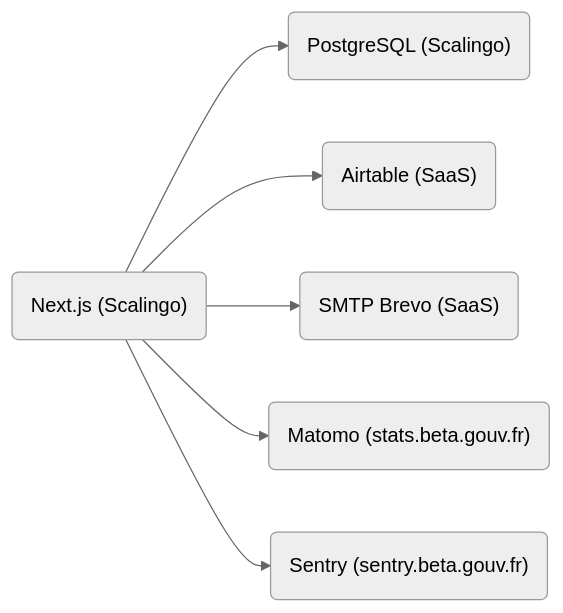
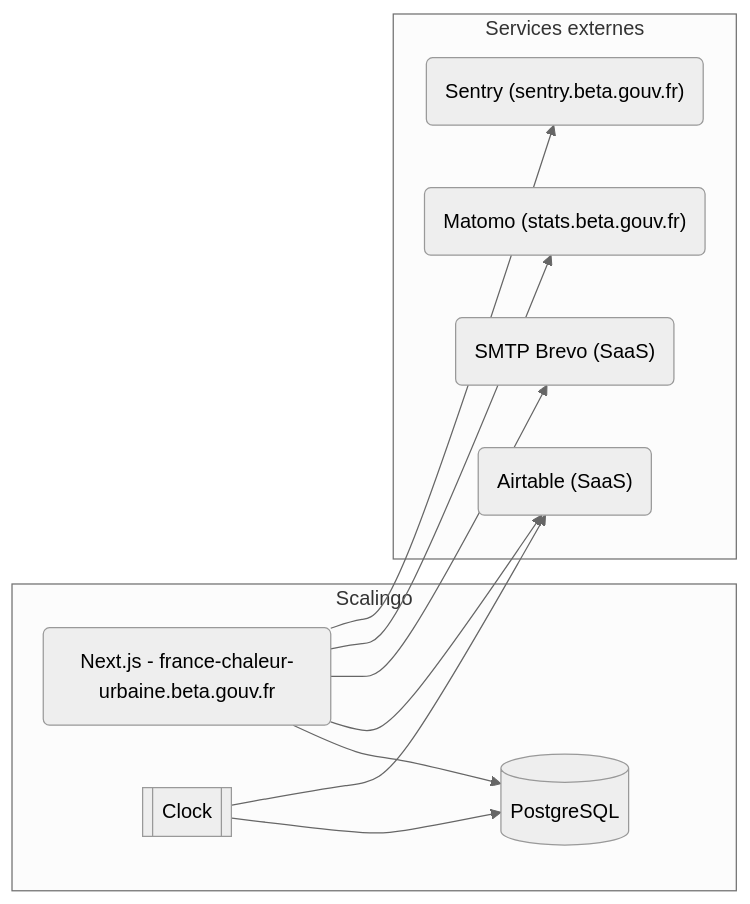
One commit to betagouv/france-chaleur-urbaine changed the diagram in README.md. Above: the diagram before and after it, drawn with Mermaid (neutral theme).

Commit message:
Améliore le style du graphique FCU

````diff
--- a/README.md
+++ b/README.md
@@ -143,8 +143,14 @@
 ```mermaid
 graph LR;
-N("Next.js (Scalingo)")-->BDD("PostgreSQL (Scalingo)");
-N-->A("Airtable (SaaS)");
-N-->B("SMTP Brevo (SaaS)");
-N-->M("Matomo (stats.beta.gouv.fr)");
-N-->S("Sentry (sentry.beta.gouv.fr)");
+    subgraph Scalingo
+        N("Next.js - france-chaleur-urbaine.beta.gouv.fr")-->BDD@{shape: cyl, label: "PostgreSQL"};
+        C[[Clock]]-->BDD;
+    end
+    subgraph Services externes
+      C-->A;
+      N-->A("Airtable (SaaS)");
+      N-->B("SMTP Brevo (SaaS)");
+      N-->M("Matomo (stats.beta.gouv.fr)");
+      N-->S("Sentry (sentry.beta.gouv.fr)");
+    end
 ```
````
